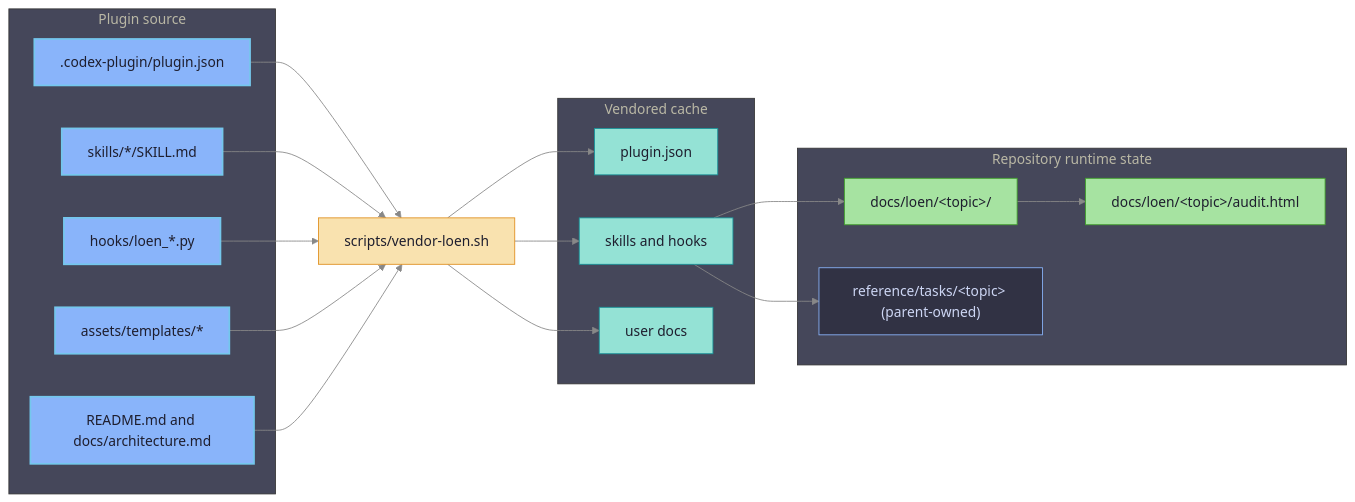
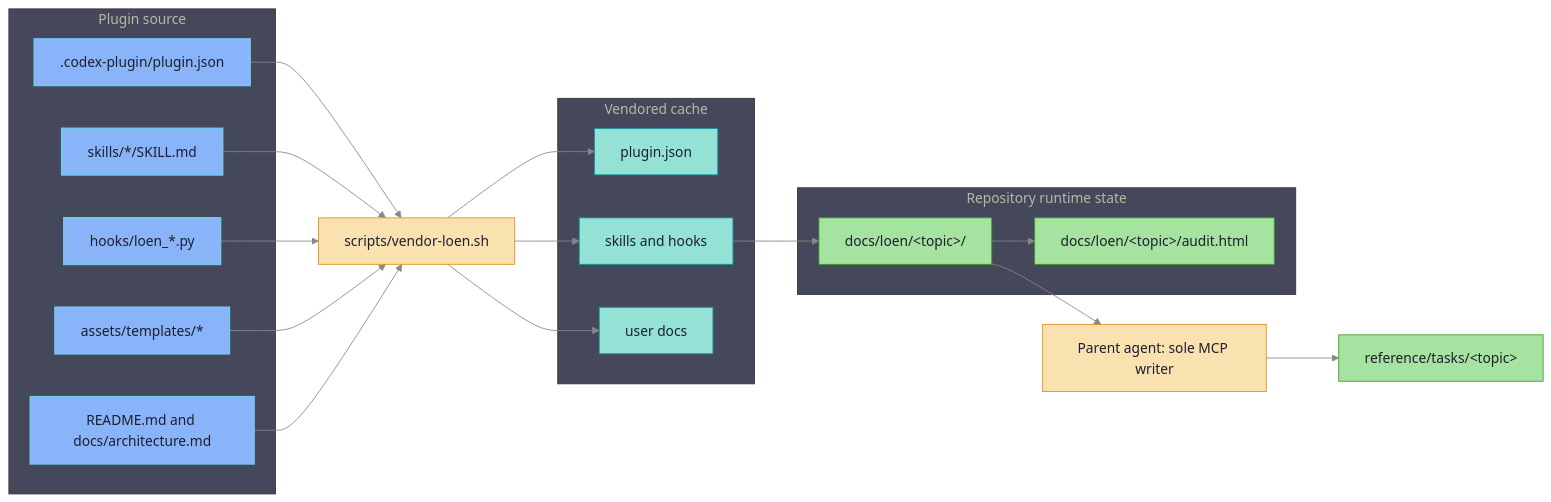
One commit to ikeniborn/icodex changed the first of 3 diagrams in plugins/loen/docs/architecture.md. Above: the diagram before and after it, drawn with Mermaid. The commit also changed other lines of this file and 29 other files, not shown here.

Commit message:
fix(loen): align runtime task ledger

````diff
--- a/plugins/loen/docs/architecture.md
+++ b/plugins/loen/docs/architecture.md
@@ -8,46 +8,49 @@
 ```mermaid
 %%{init: {'theme': 'base', 'themeVariables': {'background': '#1e1e2e', 'primaryColor': '#313244', 'primaryTextColor': '#cdd6f4', 'primaryBorderColor': '#89b4fa', 'lineColor': '#888888', 'secondaryColor': '#181825', 'tertiaryColor': '#45475a'}}}%%
 flowchart LR
     subgraph src["Plugin source"]
         Manifest[".codex-plugin/plugin.json"]
         Skills["skills/*/SKILL.md"]
         Hooks["hooks/loen_*.py"]
         Templates["assets/templates/*"]
         Docs["README.md and docs/architecture.md"]
     end
 
     Vendor["scripts/vendor-loen.sh"]
+    Parent["Parent agent: sole MCP writer"]
+    SharedTask["reference/tasks/&lt;topic&gt;"]
 
     subgraph cache["Vendored cache"]
         CacheManifest["plugin.json"]
         CacheSkills["skills and hooks"]
         CacheDocs["user docs"]
     end
 
     subgraph runtime["Repository runtime state"]
         Topic["docs/loen/&lt;topic&gt;/"]
         TopicAudit["docs/loen/&lt;topic&gt;/audit.html"]
-        SharedTask["reference/tasks/&lt;topic&gt; (parent-owned)"]
     end
 
     Manifest --> Vendor
     Skills --> Vendor
     Hooks --> Vendor
     Templates --> Vendor
     Docs --> Vendor
     Vendor --> CacheManifest
     Vendor --> CacheSkills
     Vendor --> CacheDocs
     CacheSkills --> Topic
     Topic --> TopicAudit
-    CacheSkills --> SharedTask
+    Topic --> Parent
+    Parent --> SharedTask
 
     classDef source fill:#89b4fa,color:#1e1e2e,stroke:#74c7ec,stroke-width:2px
     classDef process fill:#f9e2af,color:#1e1e2e,stroke:#df8e1d
     classDef cache fill:#94e2d5,color:#1e1e2e,stroke:#179299
     classDef runtime fill:#a6e3a1,color:#1e1e2e,stroke:#40a02b
     class Manifest,Skills,Hooks,Templates,Docs source
     class Vendor process
     class CacheManifest,CacheSkills,CacheDocs cache
-    class Topic,TopicAudit,Todo runtime
+    class Topic,TopicAudit,SharedTask runtime
+    class Parent process
 ```
````
